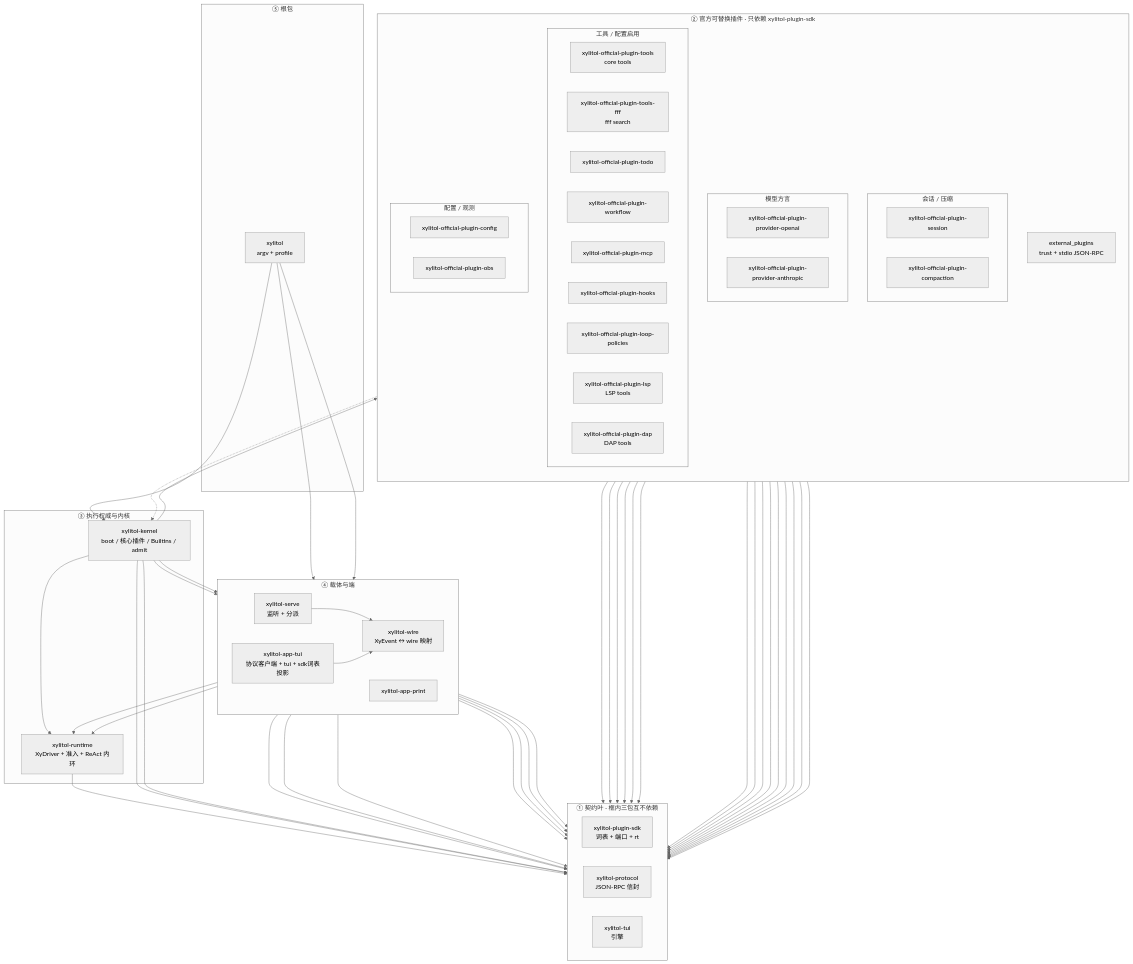
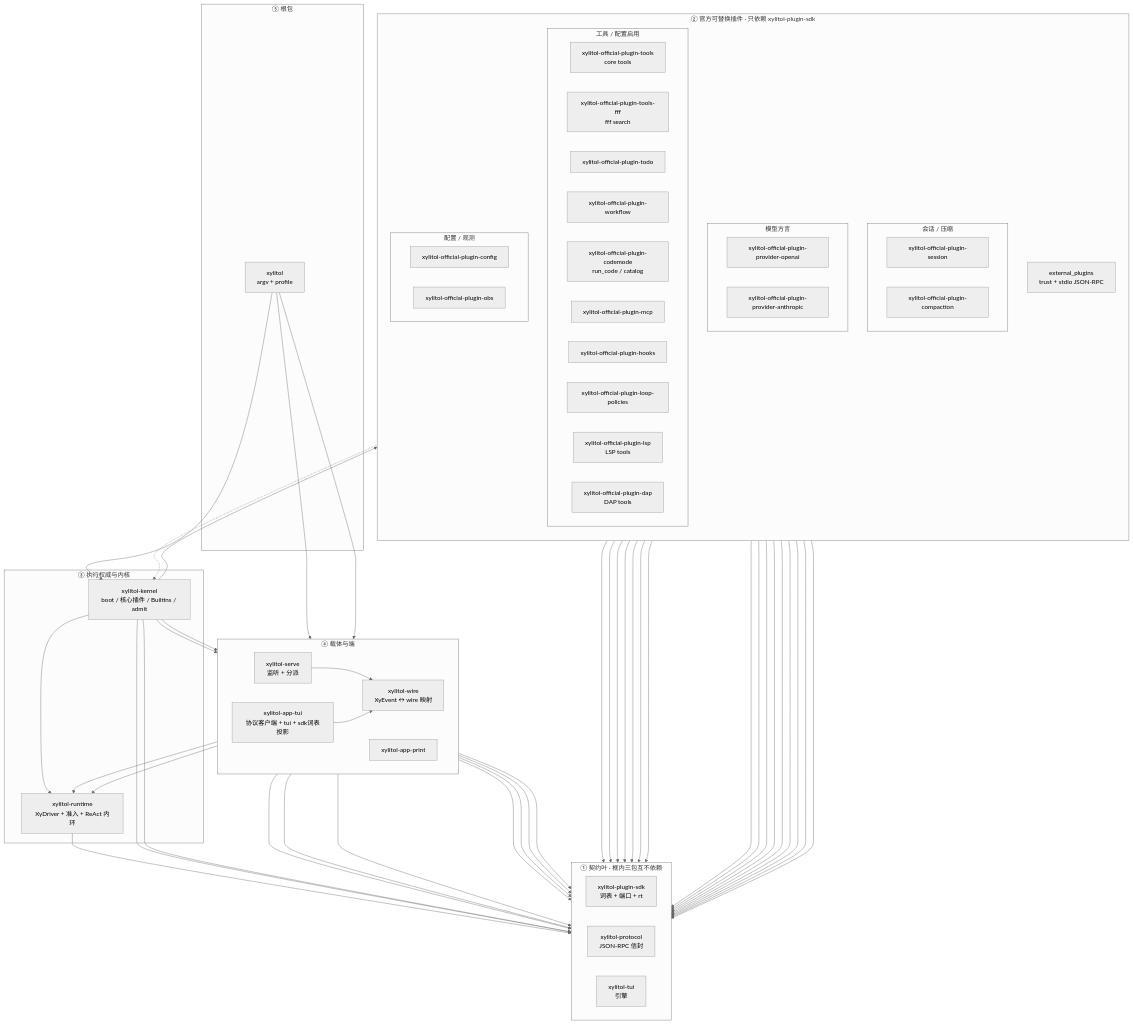
One commit to StrayDragon/xylitol changed the diagram in src/AGENTS.md. Above: the diagram before and after it, drawn with Mermaid (neutral theme). The commit also changed other lines of this file and 51 other files, not shown here.

```diff
--- a/src/AGENTS.md
+++ b/src/AGENTS.md
@@ -45,6 +45,7 @@
       xylitol_official_plugin_tools_fff["xylitol-official-plugin-tools-fff<br/>fff search"]
       xylitol_official_plugin_todo["xylitol-official-plugin-todo"]
       xylitol_official_plugin_workflow["xylitol-official-plugin-workflow"]
+      xylitol_official_plugin_codemode["xylitol-official-plugin-codemode<br/>run_code / catalog"]
       xylitol_official_plugin_mcp["xylitol-official-plugin-mcp"]
       xylitol_official_plugin_hooks["xylitol-official-plugin-hooks"]
       xylitol_official_plugin_loop_policies["xylitol-official-plugin-loop-policies"]
@@ -84,6 +85,7 @@
   xylitol_official_plugin_tools_fff --> xylitol_plugin_sdk
   xylitol_official_plugin_todo --> xylitol_plugin_sdk
   xylitol_official_plugin_workflow --> xylitol_plugin_sdk
+  xylitol_official_plugin_codemode --> xylitol_plugin_sdk
   xylitol_official_plugin_mcp --> xylitol_plugin_sdk
   xylitol_official_plugin_hooks --> xylitol_plugin_sdk
   xylitol_official_plugin_loop_policies --> xylitol_plugin_sdk
```
